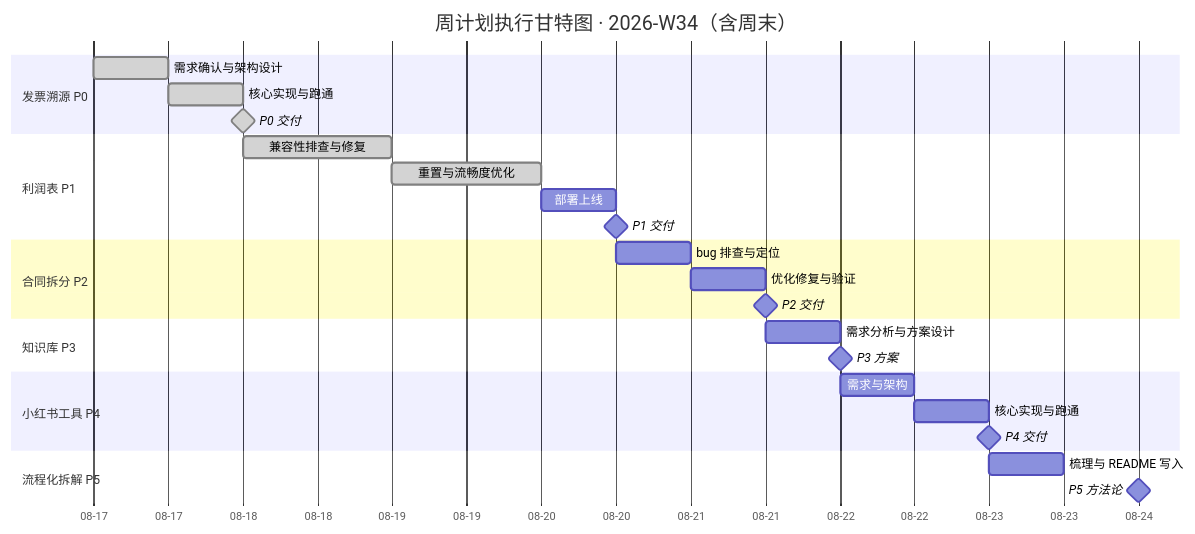
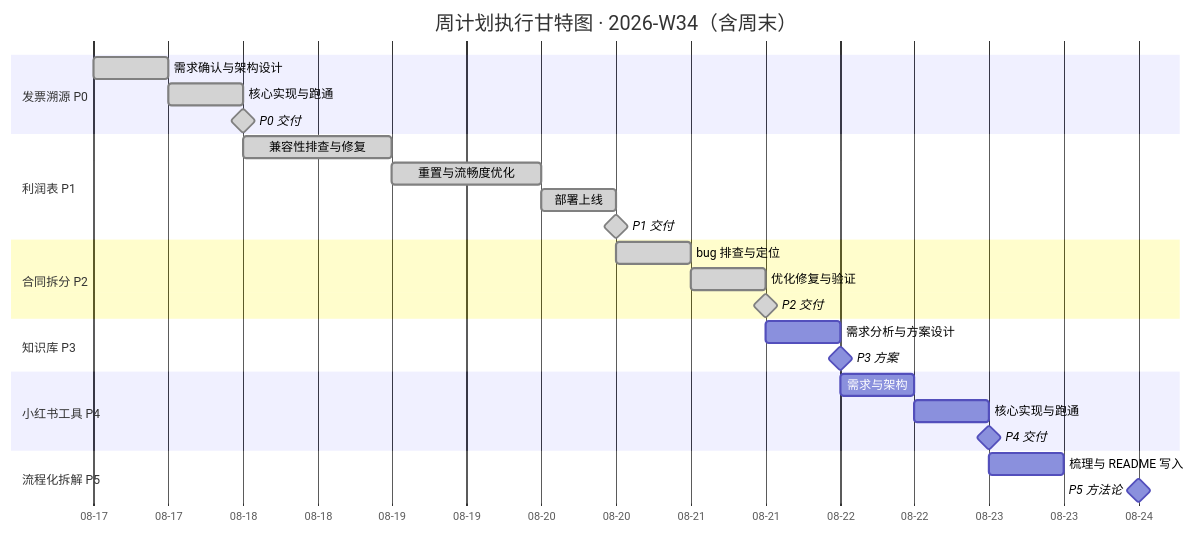
Before and after one commit to bruceleeu-creator/My-Obsidian: the diagram in 执行2026/2026-W34 周计划执行表.md, drawn with Mermaid. The commit also changed other lines of this file and 4 other files, not shown here.

````diff
--- a/执行2026/2026-W34 周计划执行表.md
+++ b/执行2026/2026-W34 周计划执行表.md
@@ -273,35 +275,35 @@
 ```mermaid
 gantt
     title 周计划执行甘特图 · 2026-W34（含周末）
     dateFormat YYYY-MM-DD HH:mm
     axisFormat %m-%d
 
     section 发票溯源 P0
     需求确认与架构设计      :done, a1, 2026-08-17 00:00, 12h
     核心实现与跑通          :done, a2, 2026-08-17 12:00, 12h
     P0 交付                :done, milestone, m0, 2026-08-18 00:00, 0d
 
     section 利润表 P1
     兼容性排查与修复        :done, b1, 2026-08-18 00:00, 1d
     重置与流畅度优化        :done, b2, 2026-08-19 00:00, 1d
-    部署上线                :b3, 2026-08-20 00:00, 12h
-    P1 交付                :milestone, m1, 2026-08-20 12:00, 0d
+    部署上线                :done, b3, 2026-08-20 00:00, 12h
+    P1 交付                :done, milestone, m1, 2026-08-20 12:00, 0d
 
     section 合同拆分 P2
-    bug 排查与定位          :c1, 2026-08-20 12:00, 12h
-    优化修复与验证          :c2, 2026-08-21 00:00, 12h
-    P2 交付                :milestone, m2, 2026-08-21 12:00, 0d
+    bug 排查与定位          :done, c1, 2026-08-20 12:00, 12h
+    优化修复与验证          :done, c2, 2026-08-21 00:00, 12h
+    P2 交付                :done, milestone, m2, 2026-08-21 12:00, 0d
 
     section 知识库 P3
     需求分析与方案设计      :d1, 2026-08-21 12:00, 12h
     P3 方案                :milestone, m3, 2026-08-22 00:00, 0d
 
     section 小红书工具 P4
     需求与架构              :e1, 2026-08-22 00:00, 12h
     核心实现与跑通          :e2, 2026-08-22 12:00, 12h
     P4 交付                :milestone, m4, 2026-08-23 00:00, 0d
 
     section 流程化拆解 P5
     梳理与 README 写入      :f1, 2026-08-23 00:00, 12h
     P5 方法论              :milestone, m5, 2026-08-24 00:00, 0d
 ```
````
